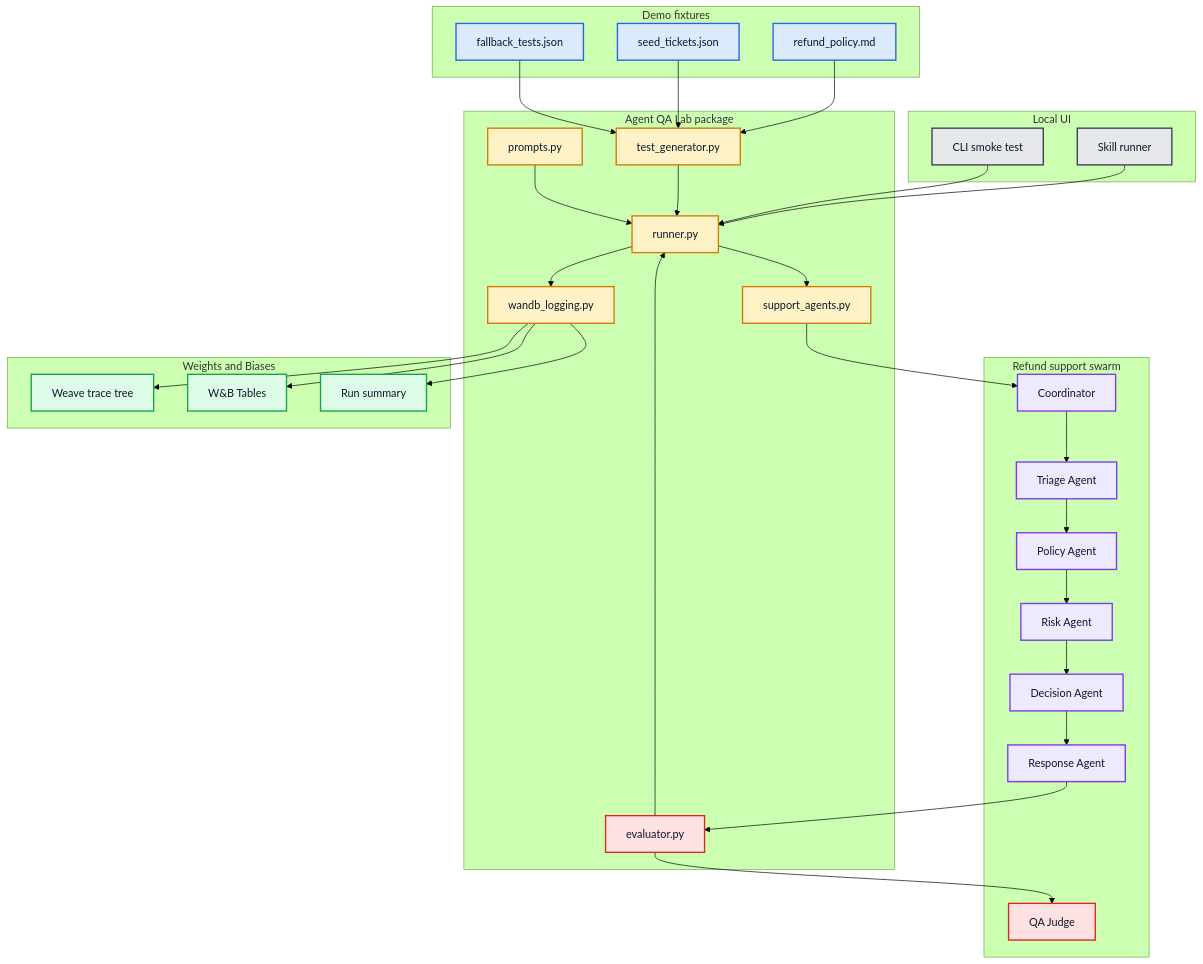
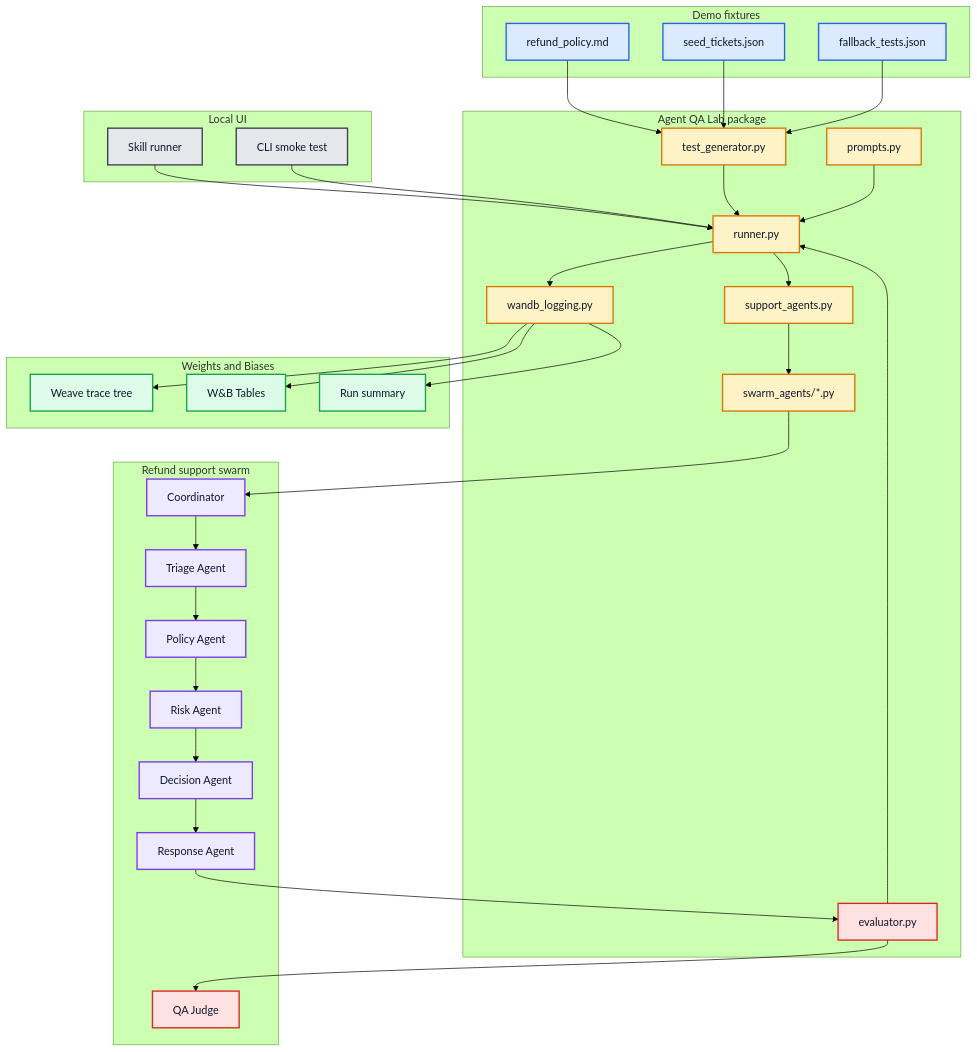
Before and after one commit to vyahhi/swarm-checkup: the second of 2 diagrams in docs/how-it-works.md, drawn with Mermaid (forest theme). The commit also changed 14 other files, not shown here.

Commit message:
Split swarm agents into separate modules

````diff
--- a/docs/how-it-works.md
+++ b/docs/how-it-works.md
@@ -78,69 +78,71 @@
 ```mermaid
 flowchart TB
     subgraph UI[Local UI]
         S[Skill runner]
         CLI[CLI smoke test]
     end
 
     subgraph Data[Demo fixtures]
         Policy[refund_policy.md]
         Seeds[seed_tickets.json]
         Tests[fallback_tests.json]
     end
 
     subgraph Core[Agent QA Lab package]
         TG[test_generator.py]
         Runner[runner.py]
-        Agents[support_agents.py]
+        Orchestrator[support_agents.py]
+        Agents[swarm_agents/*.py]
         Eval[evaluator.py]
         Prompts[prompts.py]
         Log[wandb_logging.py]
     end
 
     subgraph AgentWorkflow[Refund support swarm]
         Coord[Coordinator]
         Triage[Triage Agent]
         Lookup[Policy Agent]
         Risk[Risk Agent]
         Decision[Decision Agent]
         Response[Response Agent]
         Judge[QA Judge]
     end
 
     subgraph WB[Weights and Biases]
         Weave[Weave trace tree]
         Tables[W&B Tables]
         Run[Run summary]
     end
 
     S --> Runner
     CLI --> Runner
     Policy --> TG
     Seeds --> TG
     Tests --> TG
     TG --> Runner
     Prompts --> Runner
-    Runner --> Agents
+    Runner --> Orchestrator
+    Orchestrator --> Agents
     Agents --> Coord --> Triage --> Lookup --> Risk --> Decision --> Response
     Response --> Eval
     Eval --> Judge
     Eval --> Runner
     Runner --> Log
     Log --> Weave
     Log --> Tables
     Log --> Run
 
     classDef ui fill:#e5e7eb,stroke:#374151,color:#0f172a,stroke-width:2px
     classDef data fill:#dbeafe,stroke:#2563eb,color:#0f172a,stroke-width:2px
     classDef core fill:#fef3c7,stroke:#d97706,color:#0f172a,stroke-width:2px
     classDef workflow fill:#ede9fe,stroke:#7c3aed,color:#0f172a,stroke-width:2px
     classDef eval fill:#fee2e2,stroke:#dc2626,color:#0f172a,stroke-width:2px
     classDef wandb fill:#dcfce7,stroke:#16a34a,color:#0f172a,stroke-width:2px
 
     class S,CLI ui
     class Policy,Seeds,Tests data
-    class TG,Runner,Agents,Prompts,Log core
+    class TG,Runner,Orchestrator,Agents,Prompts,Log core
     class Coord,Triage,Lookup,Risk,Decision,Response workflow
     class Eval,Judge eval
     class Weave,Tables,Run wandb
 ```
````
